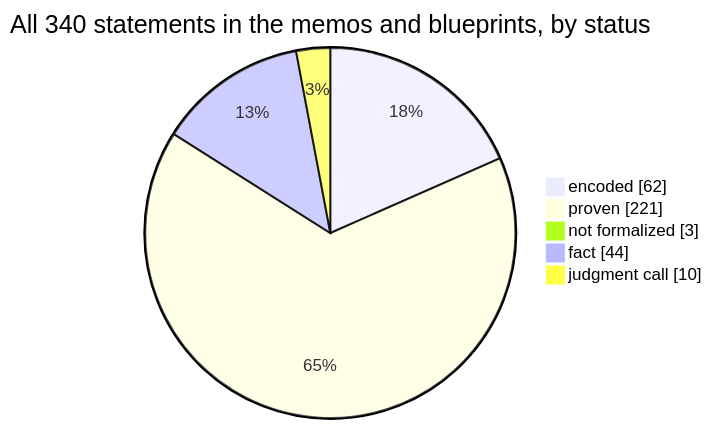
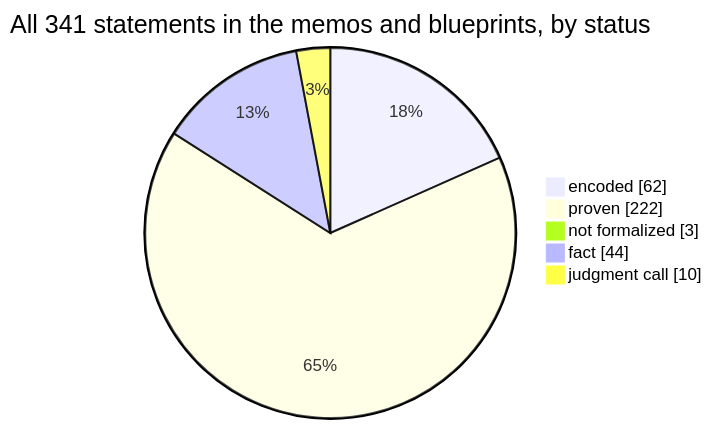
The first of 4 diagrams in docs/graphs/dashboard.md (SeanWMurray/Canteen), drawn with Mermaid before and after one commit. The commit also changed other lines of this file and 27 other files, not shown here.

````diff
--- a/docs/graphs/dashboard.md
+++ b/docs/graphs/dashboard.md
@@ -11,8 +11,8 @@
 ```mermaid
-pie showData title All 340 statements in the memos and blueprints, by status
+pie showData title All 341 statements in the memos and blueprints, by status
     "encoded" : 62
-    "proven" : 221
+    "proven" : 222
     "not formalized" : 3
     "fact" : 44
     "judgment call" : 10
 ```
````
